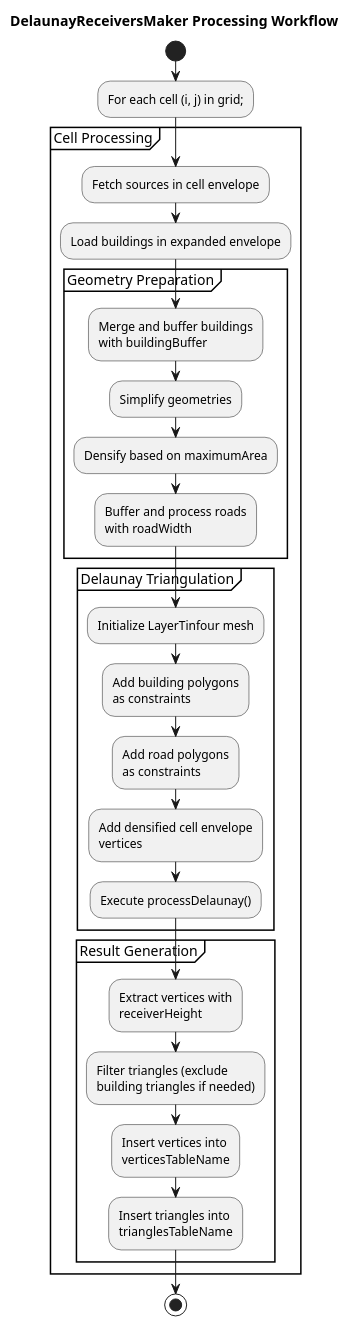
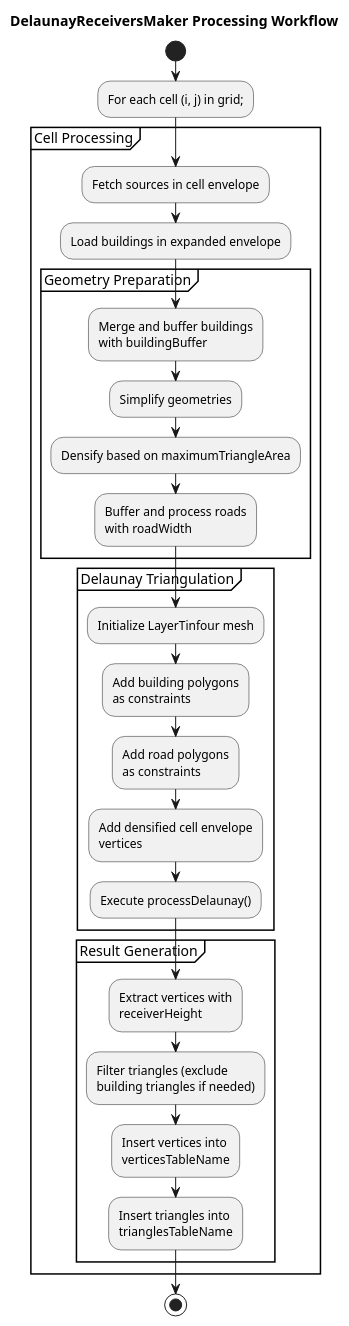
The second of 5 diagrams in Docs-dev/receiver_generation_algorithms.md (jtagusari/NoiseModelling), drawn with PlantUML before and after one commit. The commit also changed other lines of this file and 23 other files, not shown here.

````diff
--- a/Docs-dev/receiver_generation_algorithms.md
+++ b/Docs-dev/receiver_generation_algorithms.md
@@ -138,59 +138,59 @@
 ```plantuml
 @startuml
 title DelaunayReceiversMaker Processing Workflow
 
 start
 
 :For each cell (i, j) in grid;;
 
 partition "Cell Processing" {
   :Fetch sources in cell envelope;
   
   :Load buildings in expanded envelope;
   
   partition "Geometry Preparation" {
     :Merge and buffer buildings
 with buildingBuffer;
     
     :Simplify geometries;
     
-    :Densify based on maximumArea;
+    :Densify based on maximumTriangleArea;
     
     :Buffer and process roads
 with roadWidth;
   }
   
   partition "Delaunay Triangulation" {
     :Initialize LayerTinfour mesh;
     
     :Add building polygons
 as constraints;
     
     :Add road polygons
 as constraints;
     
     :Add densified cell envelope
 vertices;
     
     :Execute processDelaunay();
   }
   
   partition "Result Generation" {
     :Extract vertices with
 receiverHeight;
     
     :Filter triangles (exclude
 building triangles if needed);
     
     :Insert vertices into
 verticesTableName;
     
     :Insert triangles into
 trianglesTableName;
   }
 }
 
 stop
 
 @enduml
 ```
````
